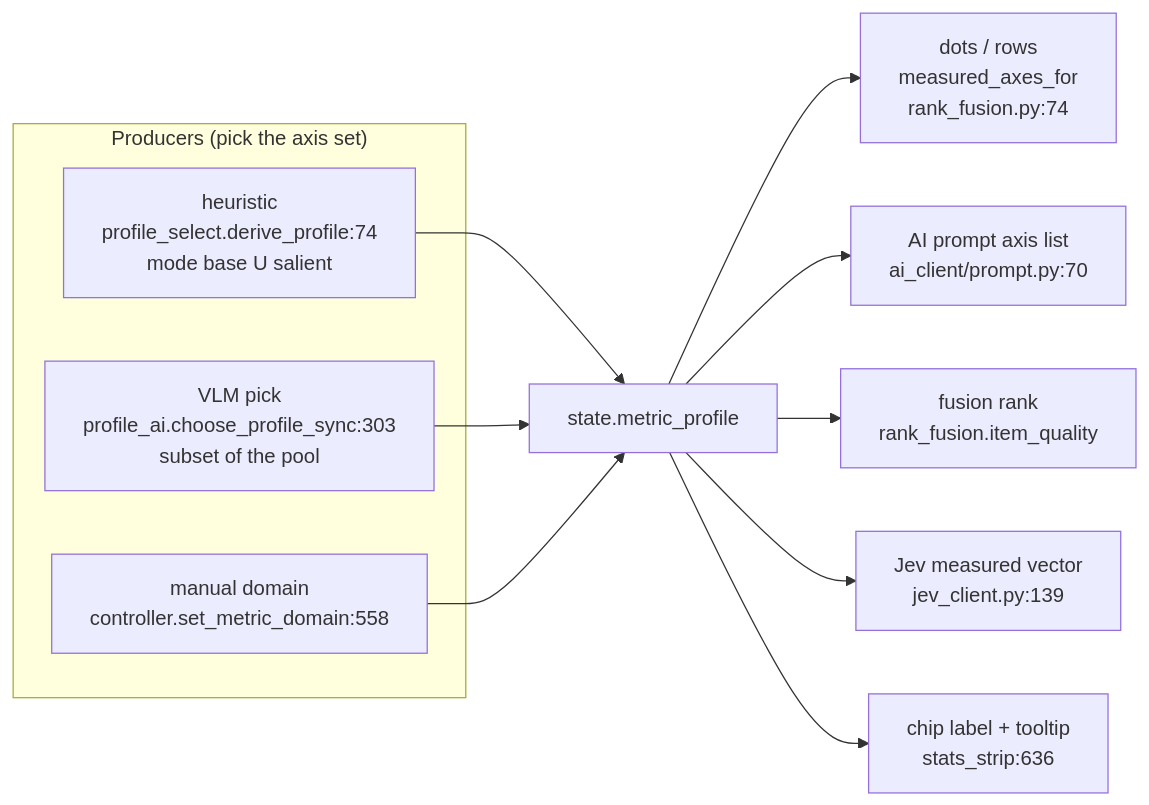
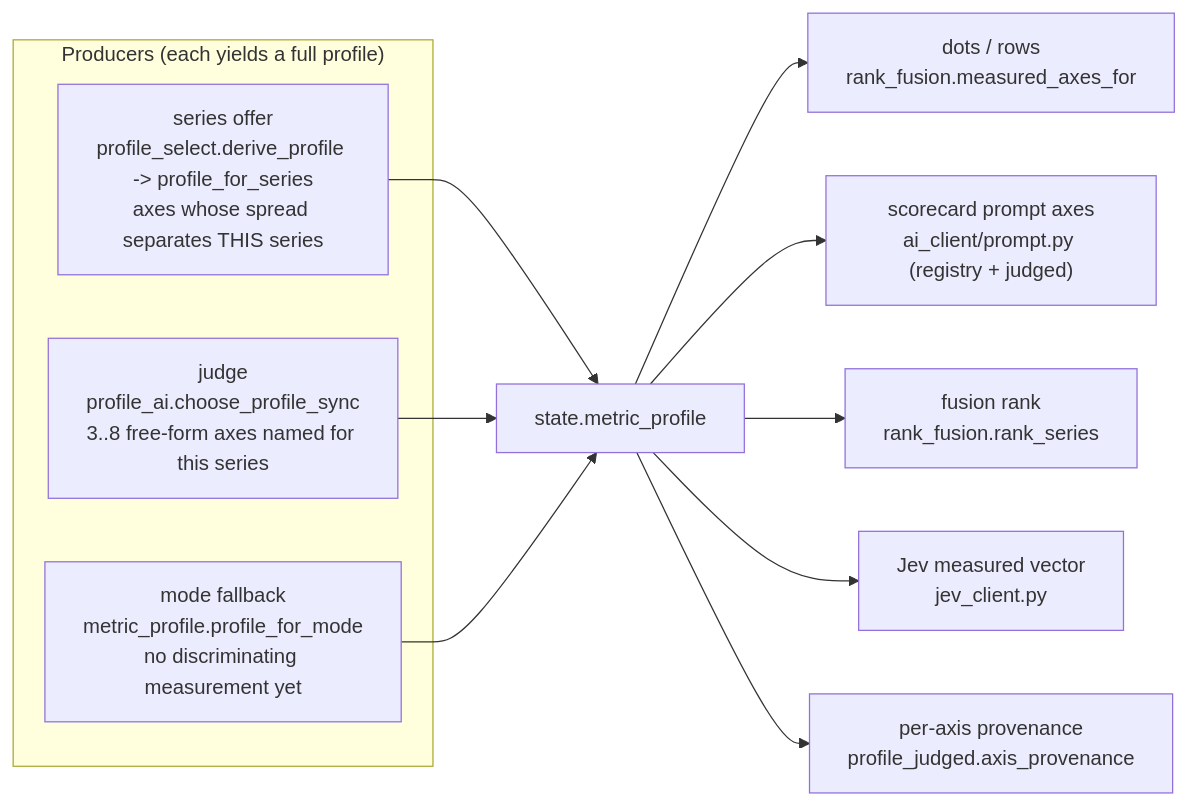
Before and after one commit to Loganavter/Improve-ImgSLI: the third of 3 diagrams in src/tabs/image_gallery/docs/ANALYSIS_BACKENDS.md, drawn with Mermaid. The commit also changed other lines of this file and 11 other files, not shown here.

Commit message:
docs(tabs): per-tab living docs corrected — gallery judge/profile layer, IC shared analysis kernels, MC layout, SP layout, malformed links [appdocs-a4]

````diff
--- a/src/tabs/image_gallery/docs/ANALYSIS_BACKENDS.md
+++ b/src/tabs/image_gallery/docs/ANALYSIS_BACKENDS.md
@@ -164,16 +168,16 @@
 ```mermaid
 flowchart LR
-    subgraph PROD["Producers (pick the axis set)"]
-        H["heuristic<br/>profile_select.derive_profile:74<br/>mode base U salient"]
-        V["VLM pick<br/>profile_ai.choose_profile_sync:303<br/>subset of the pool"]
-        D["manual domain<br/>controller.set_metric_domain:558"]
+    subgraph PROD["Producers (each yields a full profile)"]
+        S["series offer<br/>profile_select.derive_profile -> profile_for_series<br/>axes whose spread separates THIS series"]
+        V["judge<br/>profile_ai.choose_profile_sync<br/>3..8 free-form axes named for this series"]
+        F["mode fallback<br/>metric_profile.profile_for_mode<br/>no discriminating measurement yet"]
     end
-    H --> ST["state.metric_profile"]
+    S --> ST["state.metric_profile"]
     V --> ST
-    D --> ST
-    ST --> C1["dots / rows<br/>measured_axes_for<br/>rank_fusion.py:74"]
-    ST --> C2["AI prompt axis list<br/>ai_client/prompt.py:70"]
-    ST --> C3["fusion rank<br/>rank_fusion.item_quality"]
-    ST --> C4["Jev measured vector<br/>jev_client.py:139"]
-    ST --> C5["chip label + tooltip<br/>stats_strip:636"]
+    F --> ST
+    ST --> C1["dots / rows<br/>rank_fusion.measured_axes_for"]
+    ST --> C2["scorecard prompt axes<br/>ai_client/prompt.py (registry + judged)"]
+    ST --> C3["fusion rank<br/>rank_fusion.rank_series"]
+    ST --> C4["Jev measured vector<br/>jev_client.py"]
+    ST --> C5["per-axis provenance<br/>profile_judged.axis_provenance"]
 ```
````
